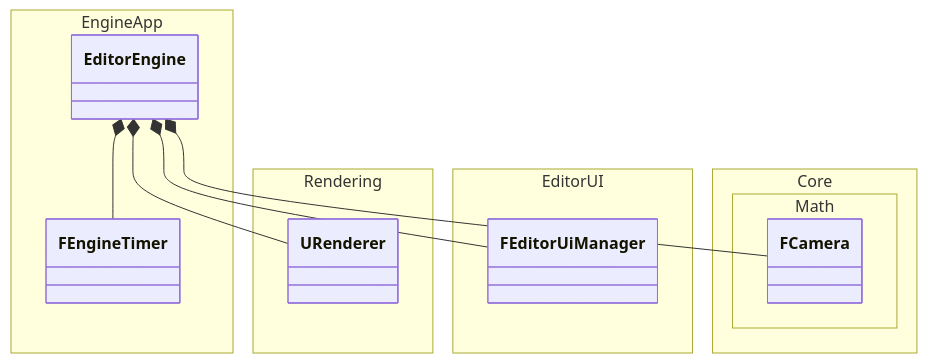
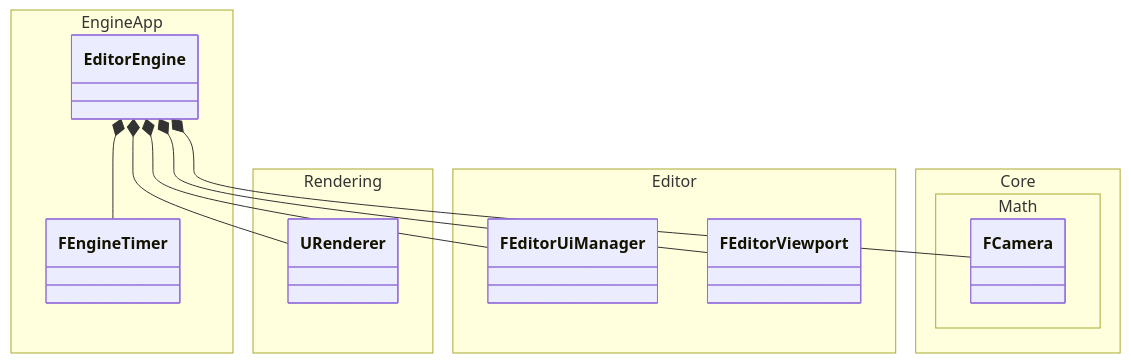
Before and after one commit to ksang9609/jingle-engine: the diagram in docs/apps/EngineApp/EditorEngineDiagram.md, drawn with Mermaid. The commit also changed 8 other files, not shown here.

Commit message:
feat: Add editor viewport

````diff
--- a/docs/apps/EngineApp/EditorEngineDiagram.md
+++ b/docs/apps/EngineApp/EditorEngineDiagram.md
@@ -3,26 +3,28 @@
 ```mermaid
 classDiagram
 
 namespace EngineApp {
 	class EditorEngine
 	class FEngineTimer
 }
 
 namespace Rendering {
 	class URenderer
 }
 
-namespace EditorUI {
+namespace Editor {
 	class FEditorUiManager
+	class FEditorViewport
 }
 
 namespace Core.Math {
 	class FCamera
 }
 
 EditorEngine *-- FEngineTimer
 EditorEngine *-- URenderer
 EditorEngine *-- FEditorUiManager
+EditorEngine *-- FEditorViewport
 EditorEngine *-- FCamera
 
 ```
````
